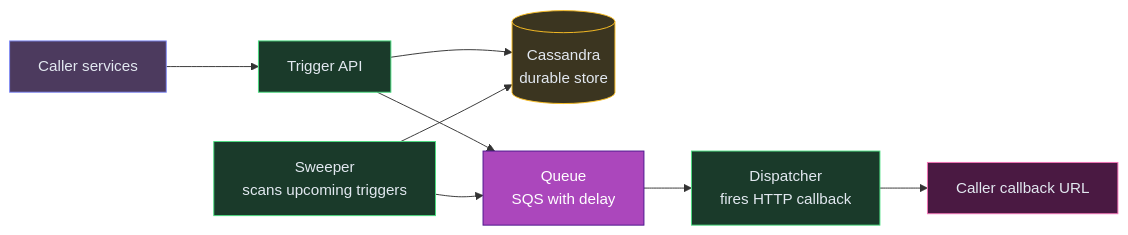
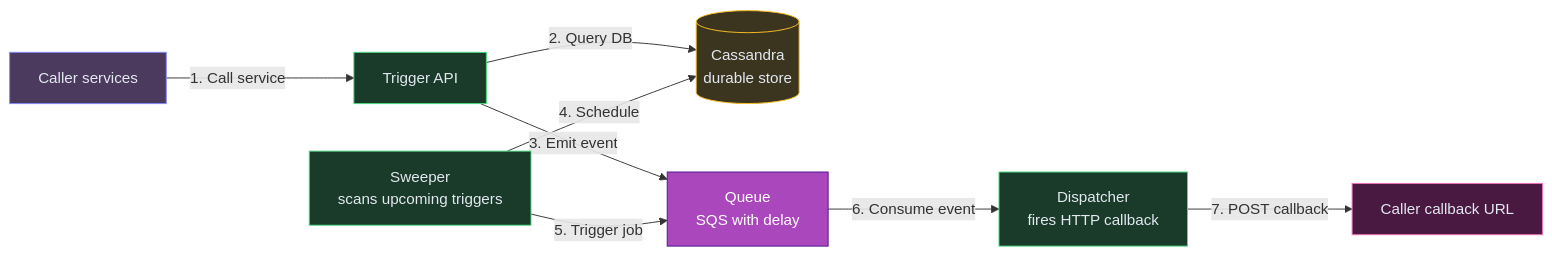
The first of 10 diagrams in content/hld/DelayedTriggerService.md (iluzn/HLD-Designs), drawn with Mermaid before and after one commit. The commit also changed other lines of this file and 27 other files, not shown here.

````diff
--- a/content/hld/DelayedTriggerService.md
+++ b/content/hld/DelayedTriggerService.md
@@ -19,24 +19,24 @@
 ```mermaid
 flowchart LR
     CALLER["Caller services"]:::client
     API["Trigger API"]:::service
     DB[("Cassandra<br/>durable store")]:::data
     SWEEPER["Sweeper<br/>scans upcoming triggers"]:::service
     SQS["Queue<br/>SQS with delay"]:::async
     DISP["Dispatcher<br/>fires HTTP callback"]:::service
     TARGET["Caller callback URL"]:::external
 
-    CALLER --> API
-    API --> DB
-    API --> SQS
-    SWEEPER --> DB
-    SWEEPER --> SQS
-    SQS --> DISP
-    DISP --> TARGET
+    CALLER -->|"1. Call service"| API
+    API -->|"2. Query DB"| DB
+    API -->|"3. Emit event"| SQS
+    SWEEPER -->|"4. Schedule"| DB
+    SWEEPER -->|"5. Trigger job"| SQS
+    SQS -->|"6. Consume event"| DISP
+    DISP -->|"7. POST callback"| TARGET
 
     classDef client fill:#4c3a5e,stroke:#818cf8,color:#e2e8f0
     classDef service fill:#1a3a2a,stroke:#4ade80,color:#e2e8f0
     classDef async fill:#AB47BC,stroke:#4A148C,color:#fff
     classDef data fill:#3b3520,stroke:#fbbf24,color:#e2e8f0
     classDef external fill:#4a1942,stroke:#f472b6,color:#e2e8f0
 ```
````
